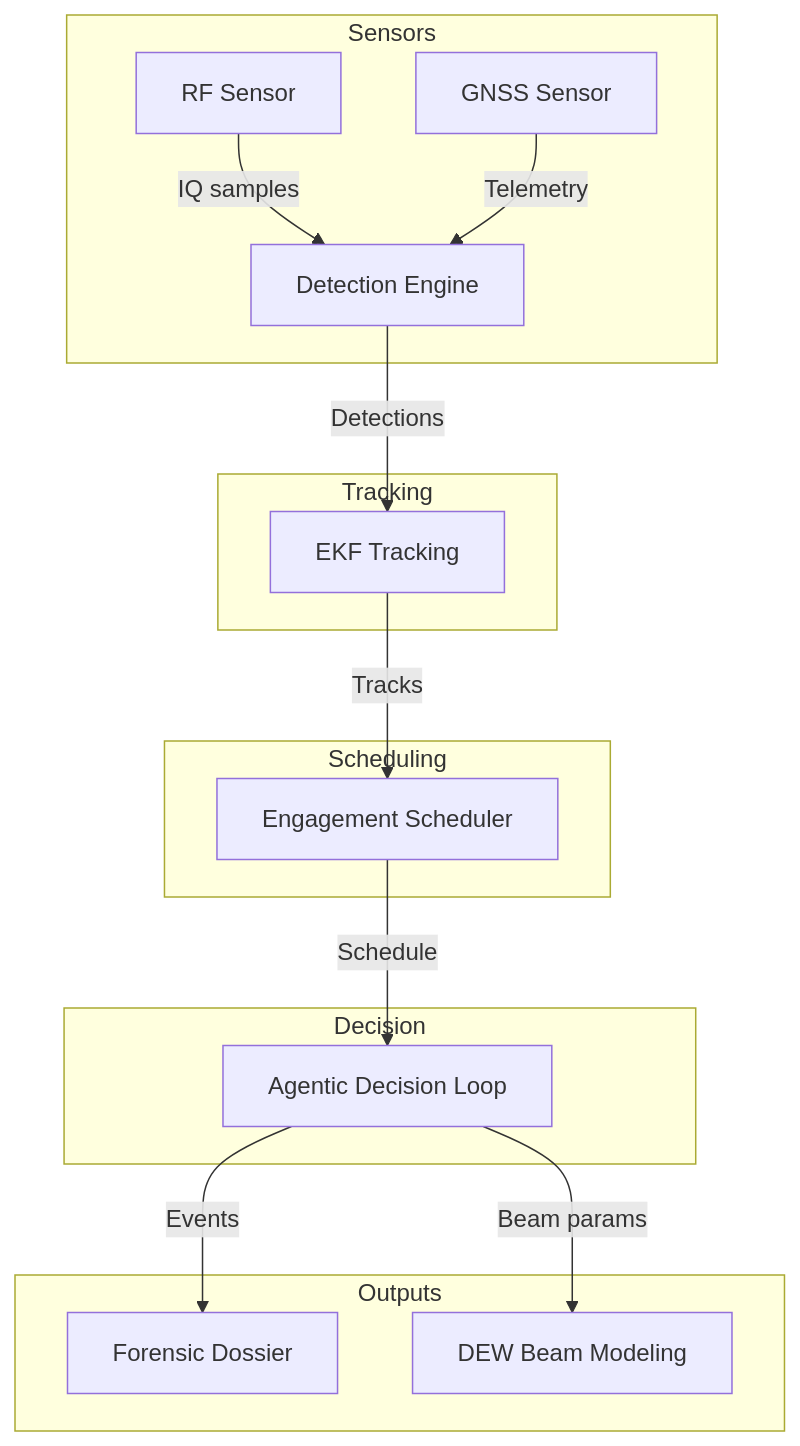
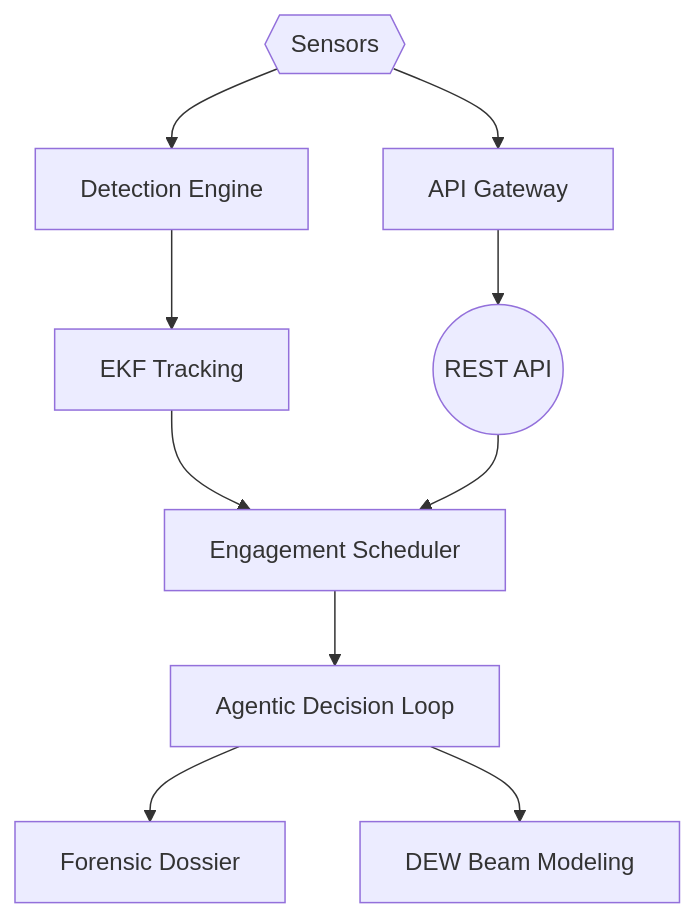
The first of 3 diagrams in README.md (AAH20/Apex_C-UAS), drawn with Mermaid before and after one commit. The commit also changed other lines of this file and 51 other files, not shown here.

````diff
--- a/README.md
+++ b/README.md
@@ -27,24 +29,12 @@
 ```mermaid
 flowchart TD
-    subgraph Sensors
-    A[RF Sensor] -->|IQ samples| D[Detection Engine]
-    B[GNSS Sensor] -->|Telemetry| D
-    end
-
-    subgraph Tracking
-    D -->|Detections| E[EKF Tracking]
-    end
-
-    subgraph Scheduling
-    E -->|Tracks| F[Engagement Scheduler]
-    end
-
-    subgraph Decision
-    F -->|Schedule| G[Agentic Decision Loop]
-    end
-
-    subgraph Outputs
-    G -->|Events| H[Forensic Dossier]
-    G -->|Beam params| I[DEW Beam Modeling]
-    end
+    Sensors{{Sensors}} --> Detection[Detection Engine]
+    Detection --> EKF[EKF Tracking]
+    EKF --> Scheduler[Engagement Scheduler]
+    Scheduler --> Decision[Agentic Decision Loop]
+    Decision --> Dossier[Forensic Dossier]
+    Decision --> DEW[DEW Beam Modeling]
+    REST((REST API)) --> Scheduler
+    Sensors --> Gateway[API Gateway]
+    Gateway --> REST
 ```
````
